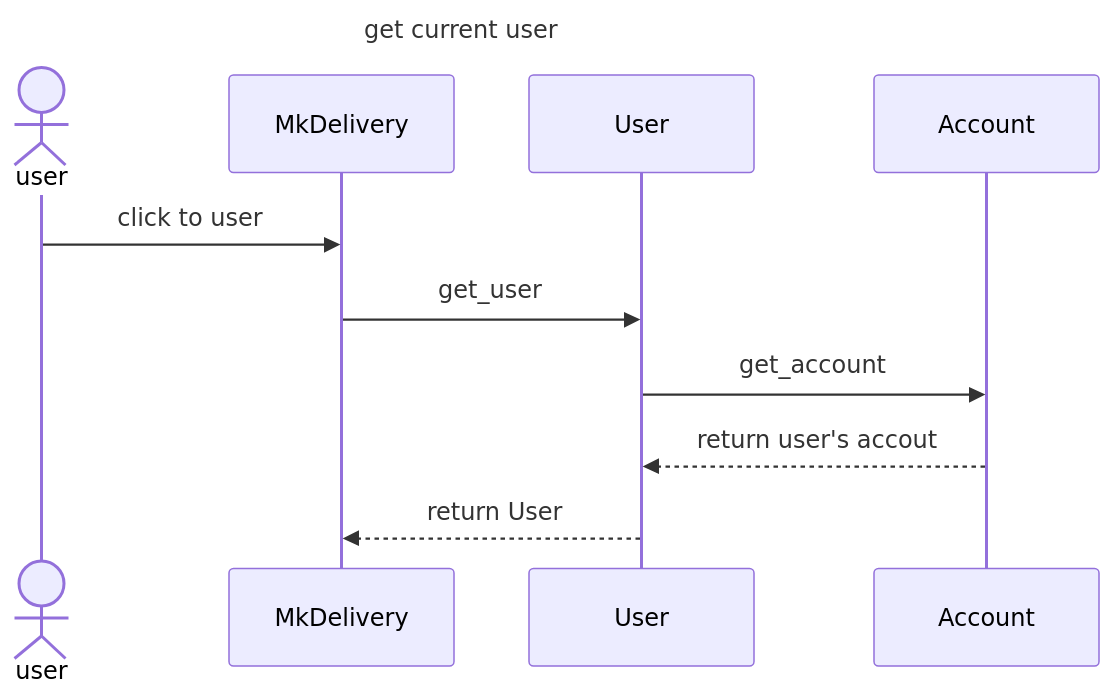
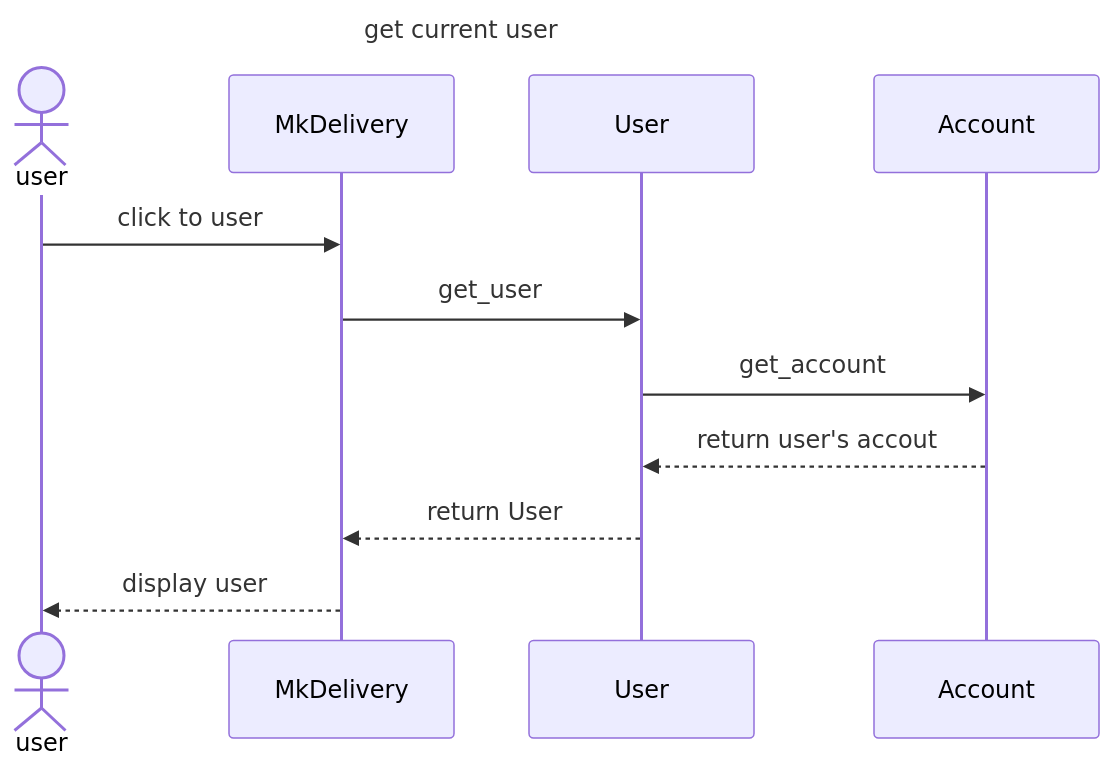
The diagram in sequence_diag/users/get current user.mmd (MxMhx/OOP_Project_MK_website), drawn with Mermaid before and after one commit. The commit also changed 2 other files, not shown here.

```diff
--- a/sequence_diag/users/get current user.mmd
+++ b/sequence_diag/users/get current user.mmd
@@ -1,12 +1,13 @@
 sequenceDiagram
     title get current user
     actor user
     participant MkDelivery
     participant User
     participant Account
    
     user ->> MkDelivery:click to user
     MkDelivery ->> User:get_user
     User ->> Account:get_account
     Account -->> User :return user's accout
     User -->> MkDelivery:return User
+    MkDelivery -->> user:display user
```
